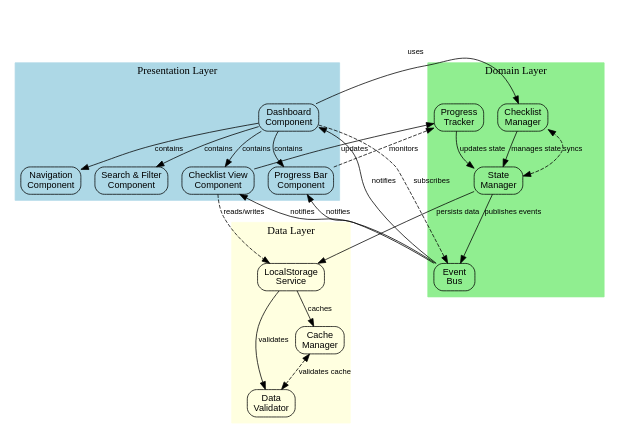
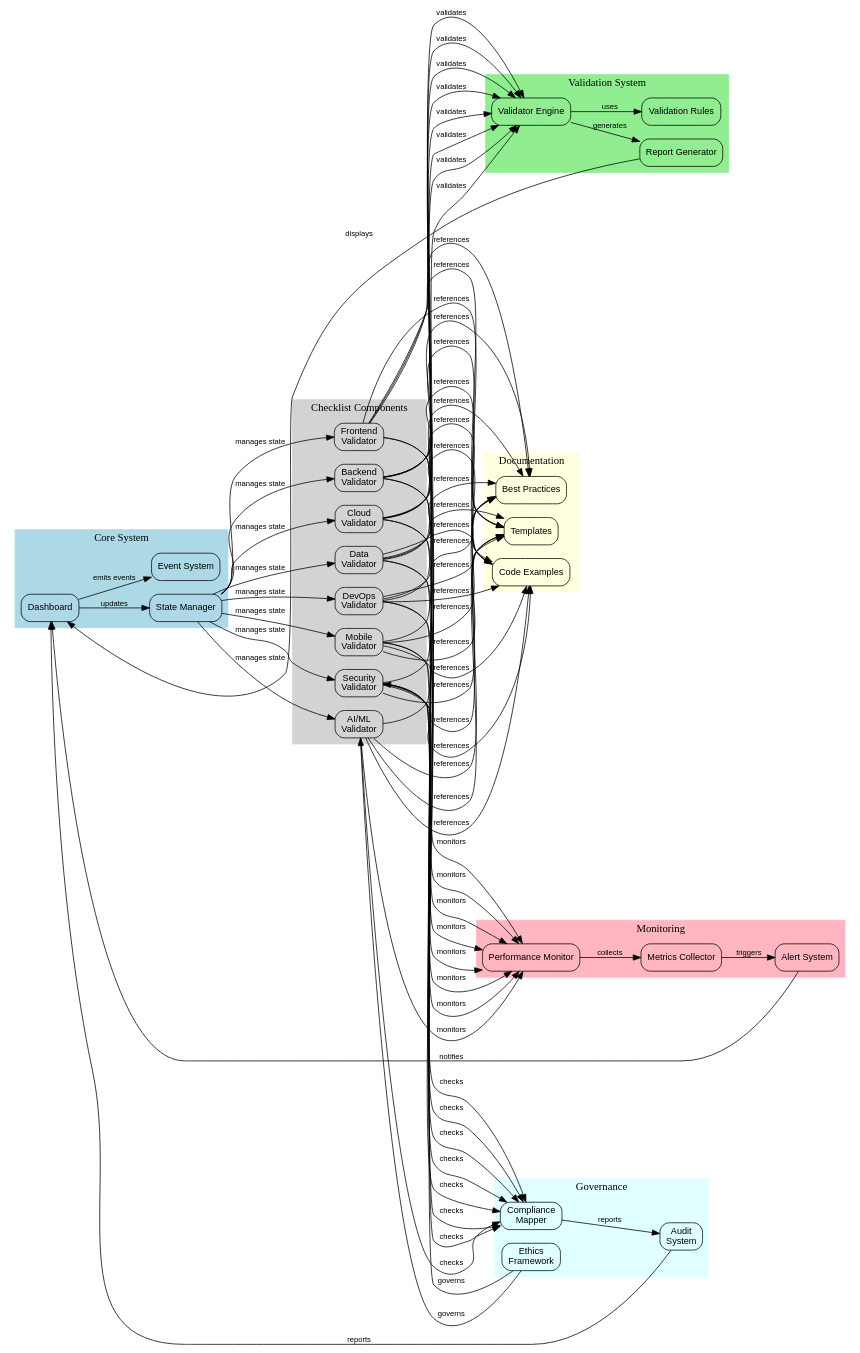
One commit to dbsectrainer/enterprise-grade-checklists changed the diagram in docs/diagrams/component_relationships.dot. Above: the diagram before and after it, drawn with Graphviz. The commit also changed 6 other files, not shown here.

First line of the commit message:
docs: Update documentation and diagrams

```diff
--- a/docs/diagrams/component_relationships.dot
+++ b/docs/diagrams/component_relationships.dot
@@ -1,66 +1,99 @@
 digraph G {
-    rankdir=TB;
-    compound=true;
+    rankdir=LR;
     node [shape=box, style=rounded, fontname="Arial", fontsize=12];
     edge [fontname="Arial", fontsize=10];
 
-    /* Component Clusters */
-    subgraph cluster_presentation {
-        label="Presentation Layer";
+    /* Core Components */
+    subgraph cluster_0 {
+        label="Core System";
         style=filled;
         color=lightblue;
         
-        Dashboard [label="Dashboard\nComponent"];
-        Navigation [label="Navigation\nComponent"];
-        ChecklistView [label="Checklist View\nComponent"];
-        ProgressBar [label="Progress Bar\nComponent"];
-        SearchFilter [label="Search & Filter\nComponent"];
+        Dashboard [label="Dashboard"];
+        StateManager [label="State Manager"];
+        EventSystem [label="Event System"];
     }
 
-    subgraph cluster_domain {
-        label="Domain Layer";
+    /* Validation System */
+    subgraph cluster_1 {
+        label="Validation System";
         style=filled;
         color=lightgreen;
         
-        ChecklistManager [label="Checklist\nManager"];
-        ProgressTracker [label="Progress\nTracker"];
-        StateManager [label="State\nManager"];
-        EventBus [label="Event\nBus"];
+        Validator [label="Validator Engine"];
+        Rules [label="Validation Rules"];
+        Reporter [label="Report Generator"];
     }
 
-    subgraph cluster_data {
-        label="Data Layer";
+    /* Documentation System */
+    subgraph cluster_2 {
+        label="Documentation";
         style=filled;
         color=lightyellow;
         
-        LocalStorageService [label="LocalStorage\nService"];
-        DataValidator [label="Data\nValidator"];
-        CacheManager [label="Cache\nManager"];
+        Guides [label="Best Practices"];
+        Templates [label="Templates"];
+        Examples [label="Code Examples"];
     }
 
-    /* Dependencies */
-    Dashboard -> {Navigation ChecklistView ProgressBar SearchFilter} [label="contains"];
-    Dashboard -> ChecklistManager [label="uses"];
-    ChecklistView -> ProgressTracker [label="updates"];
+    /* Monitoring System */
+    subgraph cluster_3 {
+        label="Monitoring";
+        style=filled;
+        color=lightpink;
+        
+        Monitor [label="Performance Monitor"];
+        Metrics [label="Metrics Collector"];
+        Alerts [label="Alert System"];
+    }
+
+    /* Checklist Components */
+    subgraph cluster_4 {
+        label="Checklist Components";
+        style=filled;
+        color=lightgrey;
+        
+        Frontend [label="Frontend\nValidator"];
+        Backend [label="Backend\nValidator"];
+        Cloud [label="Cloud\nValidator"];
+        Data [label="Data\nValidator"];
+        DevOps [label="DevOps\nValidator"];
+        Mobile [label="Mobile\nValidator"];
+        Security [label="Security\nValidator"];
+        AIML [label="AI/ML\nValidator"];
+    }
+
+    /* Governance System */
+    subgraph cluster_5 {
+        label="Governance";
+        style=filled;
+        color=lightcyan;
+        
+        Compliance [label="Compliance\nMapper"];
+        Ethics [label="Ethics\nFramework"];
+        Auditor [label="Audit\nSystem"];
+    }
+
+    /* Relationships */
+    Dashboard -> StateManager [label="updates"];
+    Dashboard -> EventSystem [label="emits events"];
     
-    ChecklistManager -> StateManager [label="manages state"];
-    ProgressTracker -> StateManager [label="updates state"];
+    StateManager -> {Frontend Backend Cloud Data DevOps Mobile Security AIML} [label="manages state"];
     
-    StateManager -> EventBus [label="publishes events"];
-    EventBus -> {Dashboard ChecklistView ProgressBar} [label="notifies"];
+    {Frontend Backend Cloud Data DevOps Mobile Security AIML} -> Validator [label="validates"];
+    Validator -> Rules [label="uses"];
+    Validator -> Reporter [label="generates"];
+    Reporter -> Dashboard [label="displays"];
     
-    StateManager -> LocalStorageService [label="persists data"];
-    LocalStorageService -> DataValidator [label="validates"];
-    LocalStorageService -> CacheManager [label="caches"];
+    {Frontend Backend Cloud Data DevOps Mobile Security AIML} -> Monitor [label="monitors"];
+    Monitor -> Metrics [label="collects"];
+    Metrics -> Alerts [label="triggers"];
+    Alerts -> Dashboard [label="notifies"];
     
-    /* Cross-Layer Dependencies */
-    edge [style=dashed];
-    Dashboard -> EventBus [label="subscribes"];
-    ChecklistView -> LocalStorageService [label="reads/writes"];
-    ProgressBar -> ProgressTracker [label="monitors"];
+    {Frontend Backend Cloud Data DevOps Mobile Security AIML} -> {Guides Templates Examples} [label="references"];
     
-    /* Bidirectional Relationships */
-    edge [dir=both];
-    StateManager -> ChecklistManager [label="syncs"];
-    CacheManager -> DataValidator [label="validates cache"];
+    {Frontend Backend Cloud Data DevOps Mobile Security AIML} -> Compliance [label="checks"];
+    Compliance -> Auditor [label="reports"];
+    Ethics -> {AIML Security} [label="governs"];
+    Auditor -> Dashboard [label="reports"];
 }
```
